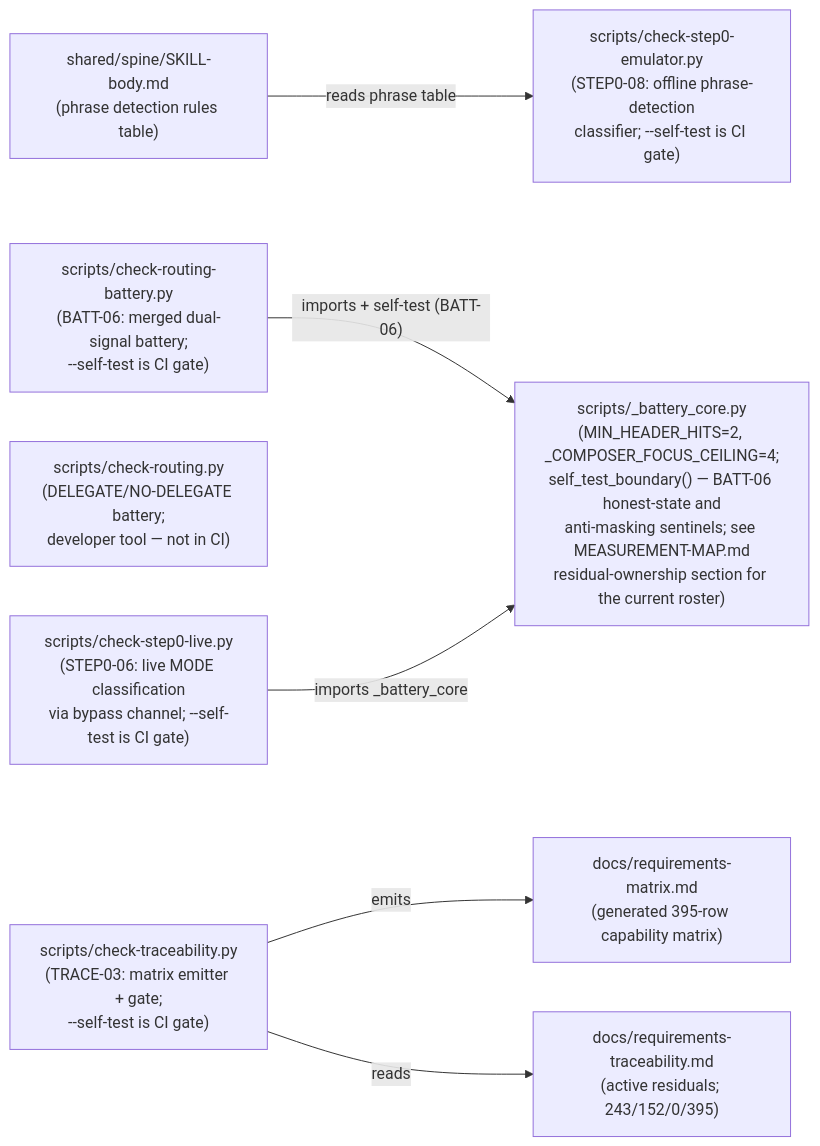
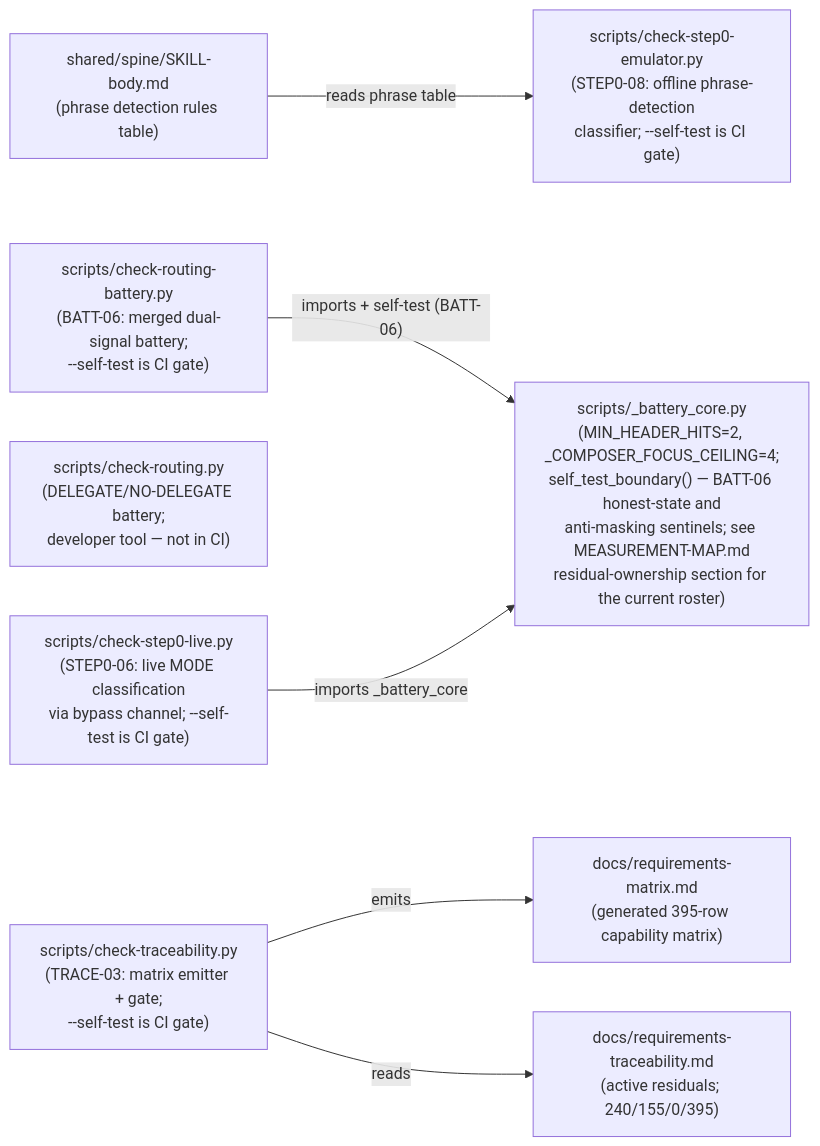
One commit to chrisdavidson/first-principles-skill changed the second of 2 diagrams in docs/COMPONENT-DIAGRAM.md. Above: the diagram before and after it, drawn with Mermaid. The commit also changed 9 other files, not shown here.

First line of the commit message:
fix(35): WR-01 re-tier v9.3/SCHEMA-01, STMT-01, ANCH-01 audit-only, headline 243/152 -> 240/155

````diff
--- a/docs/COMPONENT-DIAGRAM.md
+++ b/docs/COMPONENT-DIAGRAM.md
@@ -84,24 +84,24 @@
 ```mermaid
 flowchart LR
     SKILLBODY["shared/spine/SKILL-body.md\n(phrase detection rules table)"]
 
     CORE["scripts/_battery_core.py\n(MIN_HEADER_HITS=2, _COMPOSER_FOCUS_CEILING=4;\nself_test_boundary() — BATT-06 honest-state and\nanti-masking sentinels; see MEASUREMENT-MAP.md\nresidual-ownership section for the current roster)"]
 
     BATT["scripts/check-routing-battery.py\n(BATT-06: merged dual-signal battery;\n--self-test is CI gate)"]
     ROUTING["scripts/check-routing.py\n(DELEGATE/NO-DELEGATE battery;\ndeveloper tool — not in CI)"]
 
     EMU["scripts/check-step0-emulator.py\n(STEP0-08: offline phrase-detection\nclassifier; --self-test is CI gate)"]
     LIVE["scripts/check-step0-live.py\n(STEP0-06: live MODE classification\nvia bypass channel; --self-test is CI gate)"]
 
     TRACE["scripts/check-traceability.py\n(TRACE-03: matrix emitter + gate;\n--self-test is CI gate)"]
     MATRIX["docs/requirements-matrix.md\n(generated 395-row capability matrix)"]
-    TRACEABILITY["docs/requirements-traceability.md\n(active residuals; 243/152/0/395)"]
+    TRACEABILITY["docs/requirements-traceability.md\n(active residuals; 240/155/0/395)"]
 
     SKILLBODY -->|"reads phrase table"| EMU
 
     BATT -->|"imports + self-test (BATT-06)"| CORE
     LIVE -->|"imports _battery_core"| CORE
 
     TRACE -->|"emits"| MATRIX
     TRACE -->|"reads"| TRACEABILITY
 ```
````
